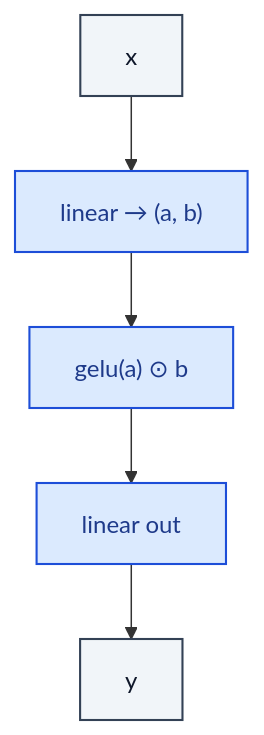
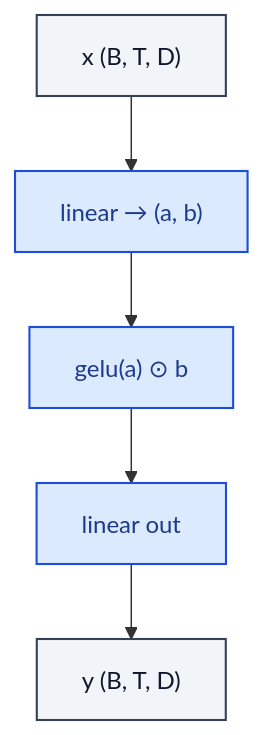
Before and after one commit to RealityShifts/Srivastava-book-of-Blocks-diagrams: the diagram in transformer/GEGLU.md, drawn with Mermaid. The commit also changed 123 other files, not shown here.

````diff
--- a/transformer/GEGLU.md
+++ b/transformer/GEGLU.md
@@ -7,21 +7,22 @@
 ```mermaid
 flowchart TD
-    n0_0["x"]:::io
+    n0_0["x  (B, T, D)"]:::io
     n1_0["linear → (a, b)"]:::op
     n2_0["gelu(a) ⊙ b"]:::op
     n3_0["linear out"]:::op
-    n4_0["y"]:::io
+    n4_0["y  (B, T, D)"]:::io
     n0_0 --> n1_0
     n1_0 --> n2_0
     n2_0 --> n3_0
     n3_0 --> n4_0
     classDef io fill:#f1f5f9,stroke:#334155,stroke-width:1.4px,color:#0f172a
     classDef op fill:#dbeafe,stroke:#1d4ed8,stroke-width:1.4px,color:#1e3a8a
     classDef norm fill:#dcfce7,stroke:#15803d,stroke-width:1.4px,color:#14532d
     classDef act fill:#ffedd5,stroke:#c2410c,stroke-width:1.4px,color:#7c2d12
     classDef attn fill:#ede9fe,stroke:#6d28d9,stroke-width:1.4px,color:#4c1d95
     classDef merge fill:#fef3c7,stroke:#b45309,stroke-width:1.4px,color:#78350f
     classDef emb fill:#fef9c3,stroke:#a16207,stroke-width:1.4px,color:#713f12
     classDef loss fill:#fee2e2,stroke:#b91c1c,stroke-width:1.4px,color:#7f1d1d
     classDef ctrl fill:#f5f5f4,stroke:#52525b,stroke-width:1.4px,color:#27272a
+    classDef ref fill:#e0f2fe,stroke:#0369a1,stroke-width:2px,color:#0c4a6e,stroke-dasharray: 4 2
 ```
````
